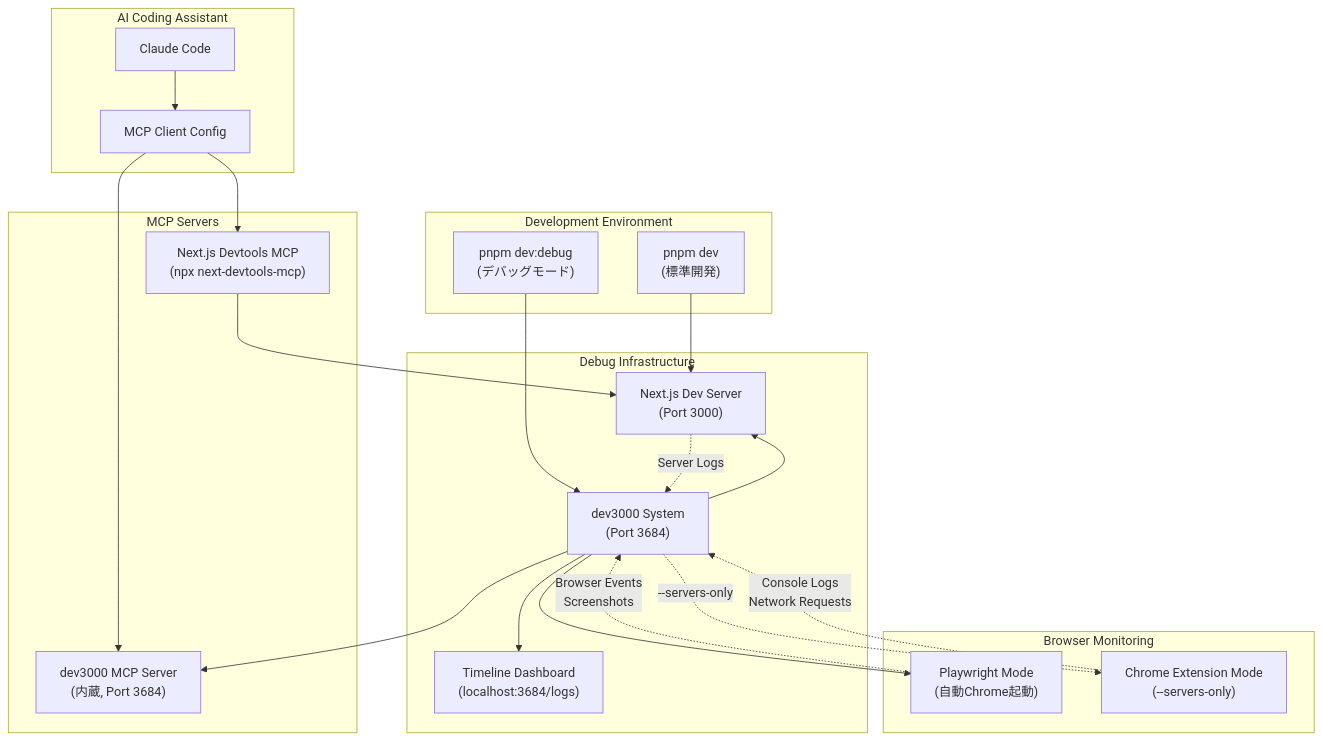
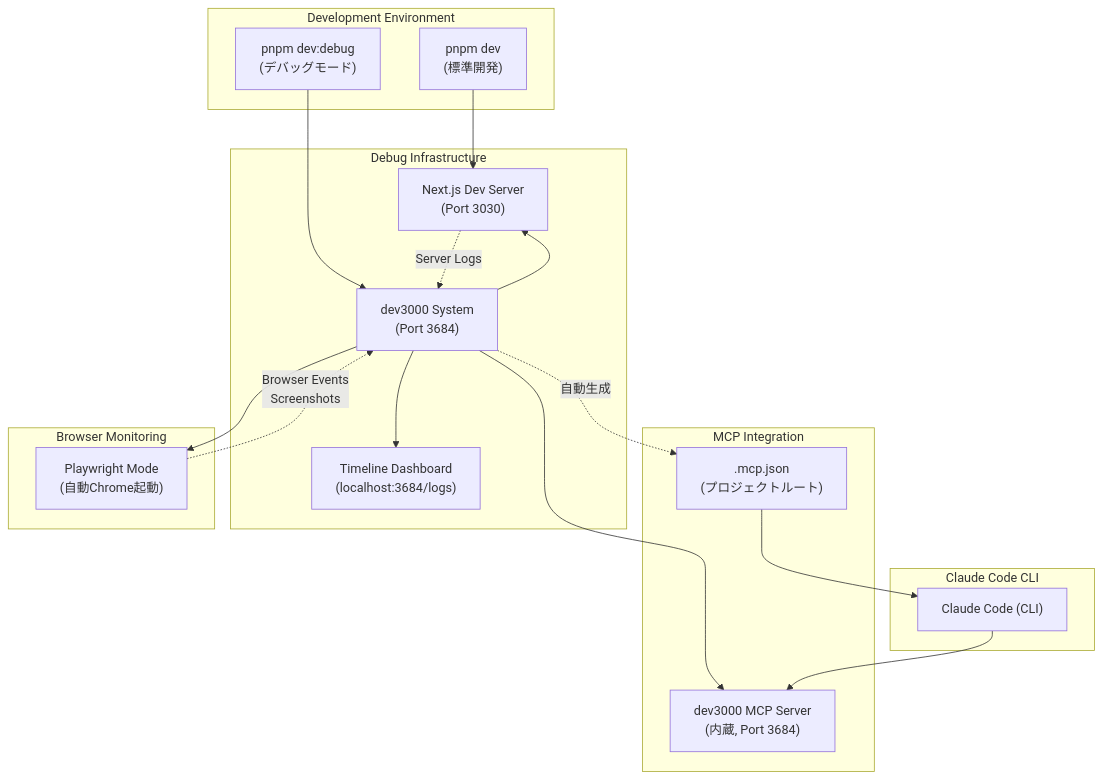
The first of 3 diagrams in .kiro/specs/debug-environment/design.md (noriaki/line-miniapp-othello), drawn with Mermaid before and after one commit. The commit also changed other lines of this file and 4 other files, not shown here.

First line of the commit message:
docs(spec): refactor debug-environment spec for Claude Code CLI

````diff
--- a/.kiro/specs/debug-environment/design.md
+++ b/.kiro/specs/debug-environment/design.md
@@ -54,45 +54,40 @@
 ```mermaid
 graph TB
     subgraph "Development Environment"
         DevScript["pnpm dev<br/>(標準開発)"]
         DebugScript["pnpm dev:debug<br/>(デバッグモード)"]
     end
 
     subgraph "Debug Infrastructure"
-        NextServer["Next.js Dev Server<br/>(Port 3000)"]
+        NextServer["Next.js Dev Server<br/>(Port 3030)"]
         Dev3000["dev3000 System<br/>(Port 3684)"]
         Dashboard["Timeline Dashboard<br/>(localhost:3684/logs)"]
     end
 
-    subgraph "MCP Servers"
-        NextDevtoolsMCP["Next.js Devtools MCP<br/>(npx next-devtools-mcp)"]
+    subgraph "MCP Integration"
         Dev3000MCP["dev3000 MCP Server<br/>(内蔵, Port 3684)"]
+        MCPConfig[".mcp.json<br/>(プロジェクトルート)"]
     end
 
     subgraph "Browser Monitoring"
         PlaywrightMode["Playwright Mode<br/>(自動Chrome起動)"]
-        ExtensionMode["Chrome Extension Mode<br/>(--servers-only)"]
     end
 
-    subgraph "AI Coding Assistant"
-        ClaudeCode["Claude Code"]
-        MCPClient["MCP Client Config"]
+    subgraph "Claude Code CLI"
+        ClaudeCodeCLI["Claude Code (CLI)"]
     end
 
     DevScript --> NextServer
     DebugScript --> Dev3000
     Dev3000 --> NextServer
     Dev3000 --> Dashboard
     Dev3000 --> Dev3000MCP
     Dev3000 --> PlaywrightMode
-    Dev3000 -.->|"--servers-only"| ExtensionMode
+    Dev3000 -.->|"自動生成"| MCPConfig
 
-    NextDevtoolsMCP --> NextServer
-    MCPClient --> NextDevtoolsMCP
-    MCPClient --> Dev3000MCP
-    ClaudeCode --> MCPClient
+    MCPConfig --> ClaudeCodeCLI
+    ClaudeCodeCLI --> Dev3000MCP
 
     PlaywrightMode -.->|"Browser Events<br/>Screenshots"| Dev3000
-    ExtensionMode -.->|"Console Logs<br/>Network Requests"| Dev3000
     NextServer -.->|"Server Logs"| Dev3000
 ```
````
